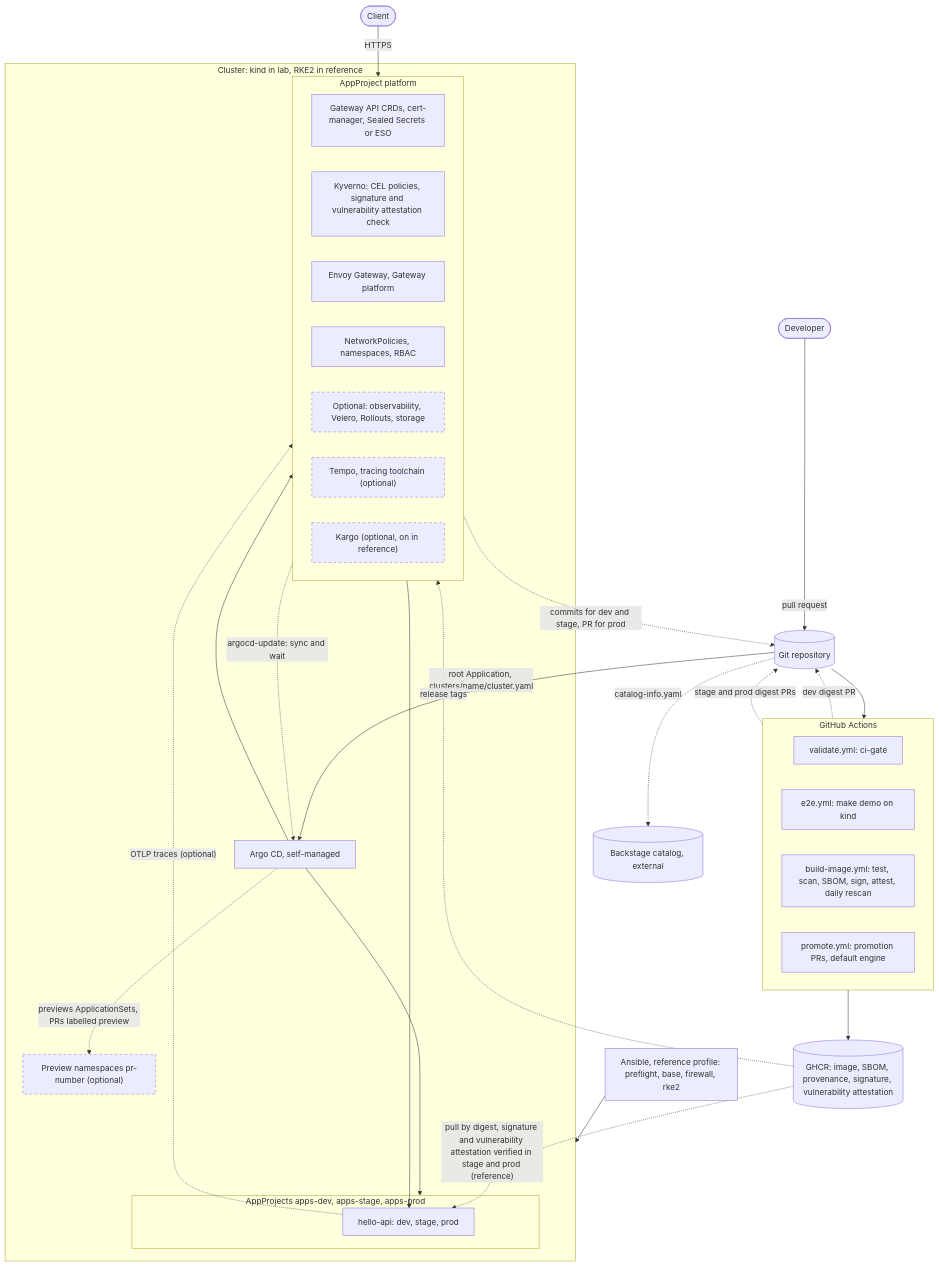
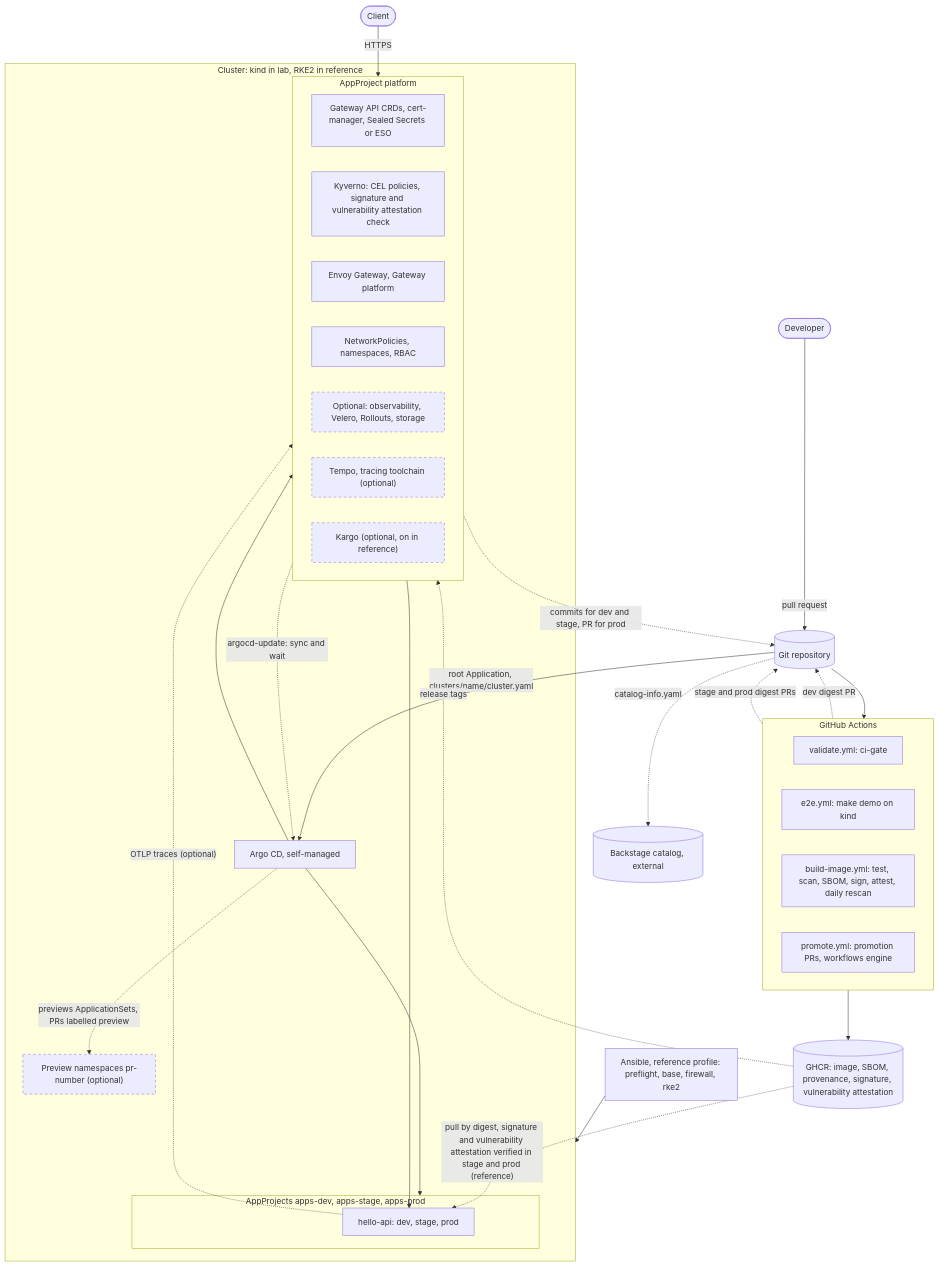
One commit to SritharanK/sk-k8s-devops-bootstrap changed the diagram in README.md. Above: the diagram before and after it, drawn with Mermaid. The commit also changed other lines of this file and 19 other files, not shown here.

````diff
--- a/README.md
+++ b/README.md
@@ -26,51 +26,51 @@
 ```mermaid
 flowchart TB
   dev([Developer]) -->|pull request| repo[(Git repository)]
   repo --> gha
   subgraph gha [GitHub Actions]
     direction LR
     validate["validate.yml: ci-gate"]
     e2e["e2e.yml: make demo on kind"]
     build["build-image.yml: test, scan, SBOM, sign, attest, daily rescan"]
-    promote["promote.yml: promotion PRs, default engine"]
+    promote["promote.yml: promotion PRs, workflows engine"]
   end
   build --> ghcr[("GHCR: image, SBOM, provenance, signature, vulnerability attestation")]
   build -. dev digest PR .-> repo
   promote -. stage and prod digest PRs .-> repo
   repo -.->|"catalog-info.yaml"| backstage[("Backstage catalog, external")]
 
   ansible["Ansible, reference profile: preflight, base, firewall, rke2"] --> cluster
   repo -->|"root Application, clusters/name/cluster.yaml"| argocd
 
   subgraph cluster ["Cluster: kind in lab, RKE2 in reference"]
     argocd["Argo CD, self-managed"]
     subgraph platform [AppProject platform]
       direction LR
       core["Gateway API CRDs, cert-manager, Sealed Secrets or ESO"]
       kyverno["Kyverno: CEL policies, signature and vulnerability attestation check"]
       gw["Envoy Gateway, Gateway platform"]
       netpol["NetworkPolicies, namespaces, RBAC"]
       optional["Optional: observability, Velero, Rollouts, storage"]
       tempo["Tempo, tracing toolchain (optional)"]
       kargo["Kargo (optional, on in reference)"]
     end
     subgraph apps [AppProjects apps-dev, apps-stage, apps-prod]
       hello["hello-api: dev, stage, prod"]
     end
     previews["Preview namespaces pr-number (optional)"]
     argocd --> platform
     argocd --> apps
     argocd -.->|"previews ApplicationSets, PRs labelled preview"| previews
     gw --> hello
     hello -.->|"OTLP traces (optional)"| tempo
     kargo -.->|"argocd-update: sync and wait"| argocd
   end
 
   ghcr -.->|"pull by digest, signature and vulnerability attestation verified in stage and prod (reference)"| hello
   ghcr -.->|"release tags"| kargo
   kargo -.->|"commits for dev and stage, PR for prod"| repo
   client([Client]) -->|HTTPS| gw
 
   classDef opt stroke-dasharray: 5 5
   class optional,tempo,kargo,previews opt
 ```
````
